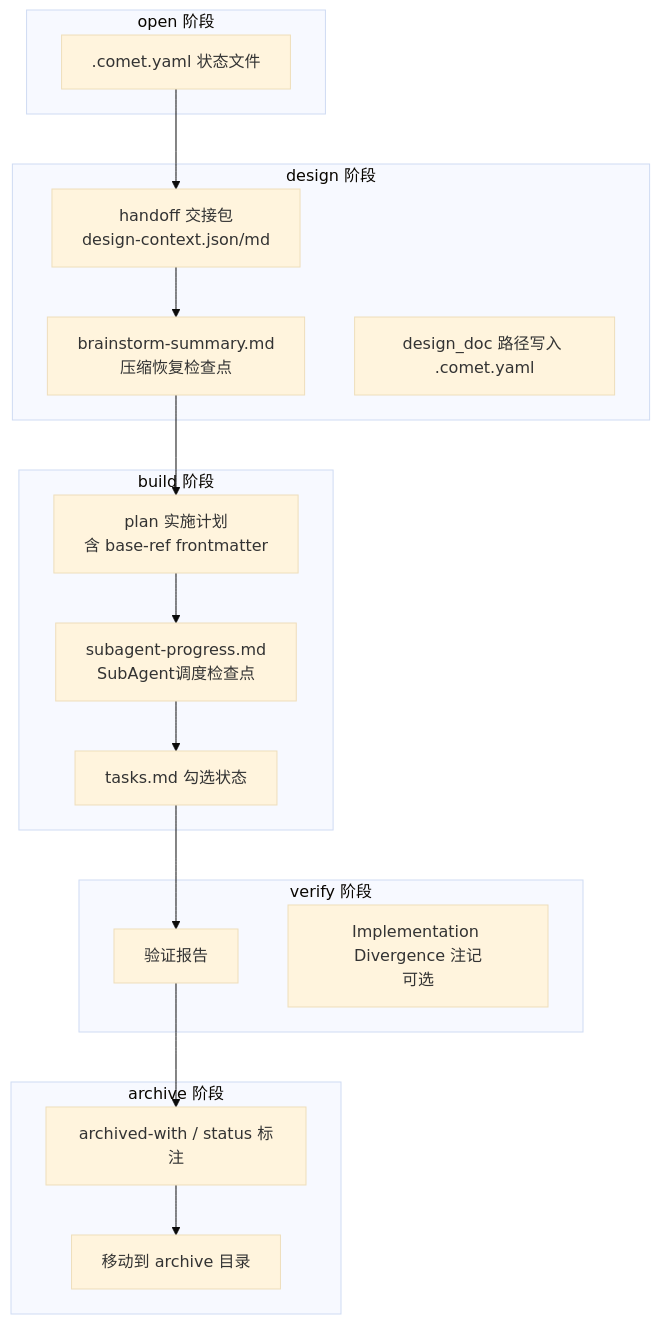
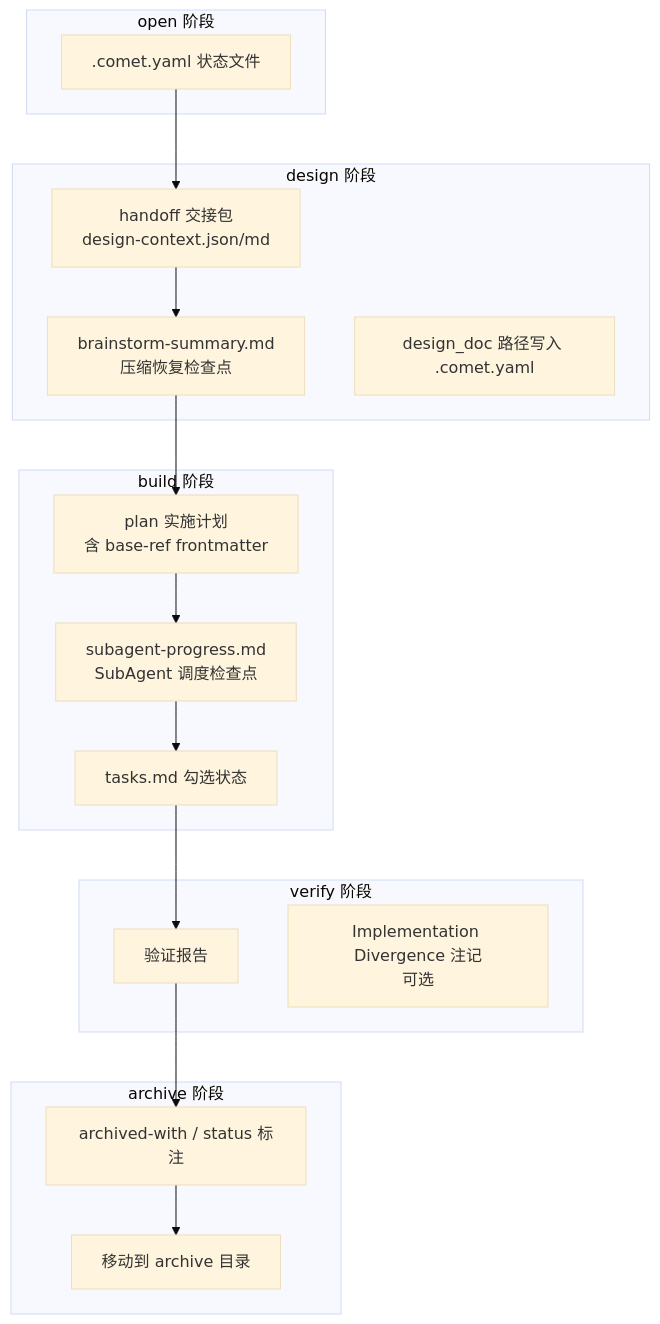
One commit to rpamis/comet-website-docs changed the diagram in zh/concepts/intermediate-artifacts.mdx. Above: the diagram before and after it, drawn with Mermaid (base theme). The commit also changed other lines of this file and 138 other files, not shown here.

````diff
--- a/zh/concepts/intermediate-artifacts.mdx
+++ b/zh/concepts/intermediate-artifacts.mdx
@@ -12,32 +12,32 @@
 ```mermaid
 flowchart TD
   subgraph open["open 阶段"]
     O1[".comet.yaml 状态文件"]
   end
   subgraph design["design 阶段"]
     D1["handoff 交接包<br/>design-context.json/md"]
     D2["brainstorm-summary.md<br/>压缩恢复检查点"]
     D3["design_doc 路径写入 .comet.yaml"]
   end
   subgraph build["build 阶段"]
     B1["plan 实施计划<br/>含 base-ref frontmatter"]
-    B2["subagent-progress.md<br/>SubAgent调度检查点"]
+    B2["subagent-progress.md<br/>SubAgent 调度检查点"]
     B3["tasks.md 勾选状态"]
   end
   subgraph verify["verify 阶段"]
     V1["验证报告"]
     V2["Implementation Divergence 注记<br/>可选"]
   end
   subgraph archive["archive 阶段"]
     A1["archived-with / status 标注"]
     A2["移动到 archive 目录"]
   end
   O1 --> D1
   D1 --> D2
   D2 --> B1
   B1 --> B2
   B2 --> B3
   B3 --> V1
   V1 --> A1
   A1 --> A2
 ```
````
